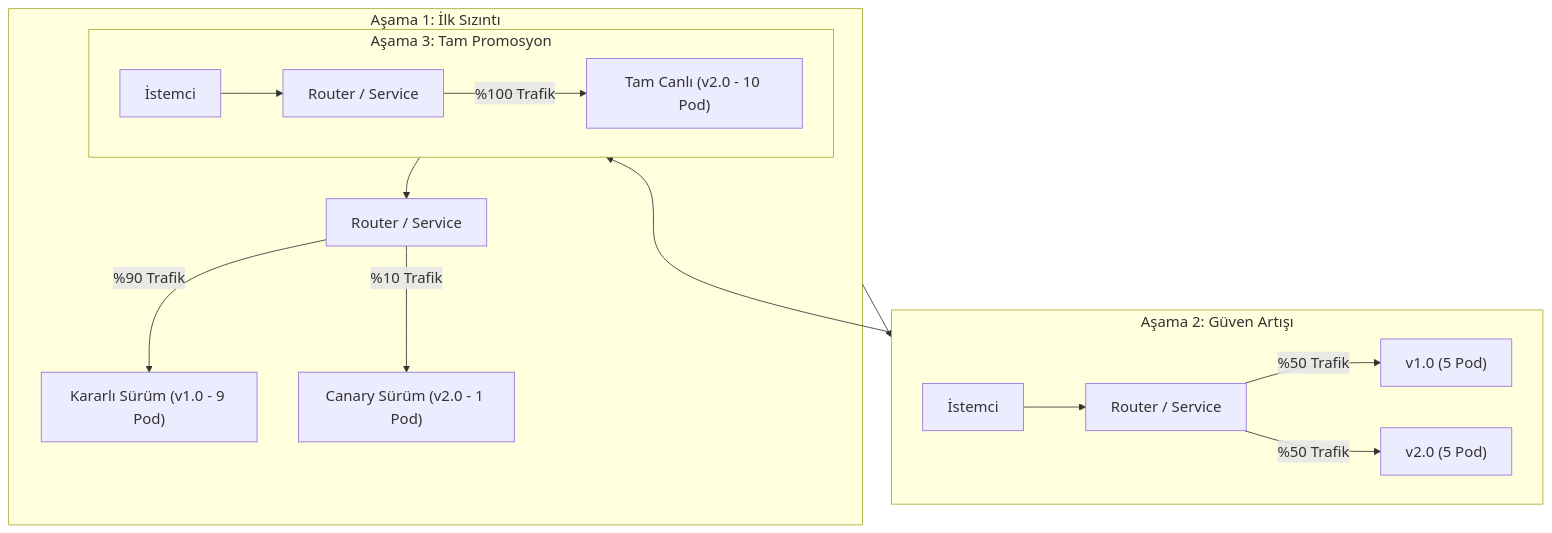
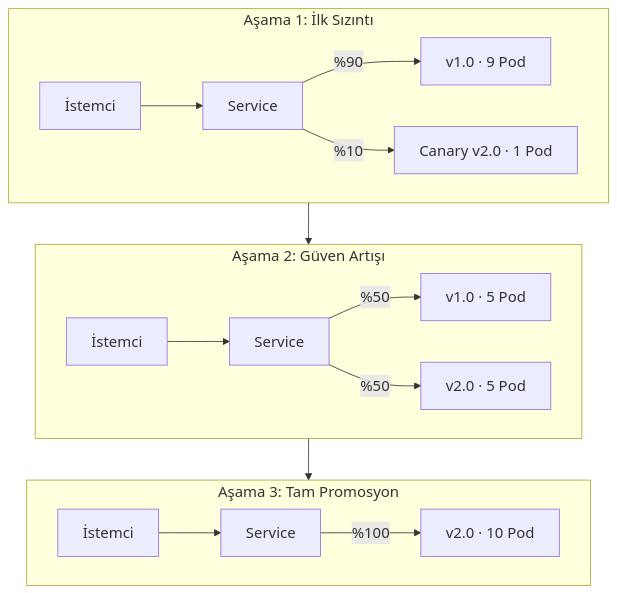
The fourth of 4 diagrams in lab-08-deployment-strategies/README.md (MTugce/k8s-labs), drawn with Mermaid before and after one commit. The commit also changed other lines of this file, not shown here.

Commit message:
Fix Mermaid syntax in Lab 8 diagrams

````diff
--- a/lab-08-deployment-strategies/README.md
+++ b/lab-08-deployment-strategies/README.md
@@ -402,8 +433,19 @@
 ```mermaid
 %%{init:{'themeVariables':{'fontSize':'18px'}}}%%
 flowchart TB
-subgraph A["Aşama 1: İlk Sızıntı"];C[İstemci]-->S["Router / Service"];S-->|%90 Trafik|V["Kararlı Sürüm (v1.0 - 9 Pod)"];S-->|%10 Trafik|W["Canary Sürüm (v2.0 - 1 Pod)"];end
-subgraph B["Aşama 2: Güven Artışı"];D[İstemci]-->T["Router / Service"];T-->|%50 Trafik|X["v1.0 (5 Pod)"];T-->|%50 Trafik|Y["v2.0 (5 Pod)"];end
-subgraph C["Aşama 3: Tam Promosyon"];E[İstemci]-->U["Router / Service"];U-->|%100 Trafik|Z["Tam Canlı (v2.0 - 10 Pod)"];end
-A-->B-->C
+  subgraph CP1["Aşama 1: İlk Sızıntı"]
+    C[İstemci] --> S[Service]
+    S -->|%90| V["v1.0 · 9 Pod"]
+    S -->|%10| W["Canary v2.0 · 1 Pod"]
+  end
+  subgraph CP2["Aşama 2: Güven Artışı"]
+    D[İstemci] --> T[Service]
+    T -->|%50| X["v1.0 · 5 Pod"]
+    T -->|%50| Y["v2.0 · 5 Pod"]
+  end
+  subgraph CP3["Aşama 3: Tam Promosyon"]
+    E[İstemci] --> U[Service]
+    U -->|%100| Z["v2.0 · 10 Pod"]
+  end
+  CP1 --> CP2 --> CP3
 ```
````
